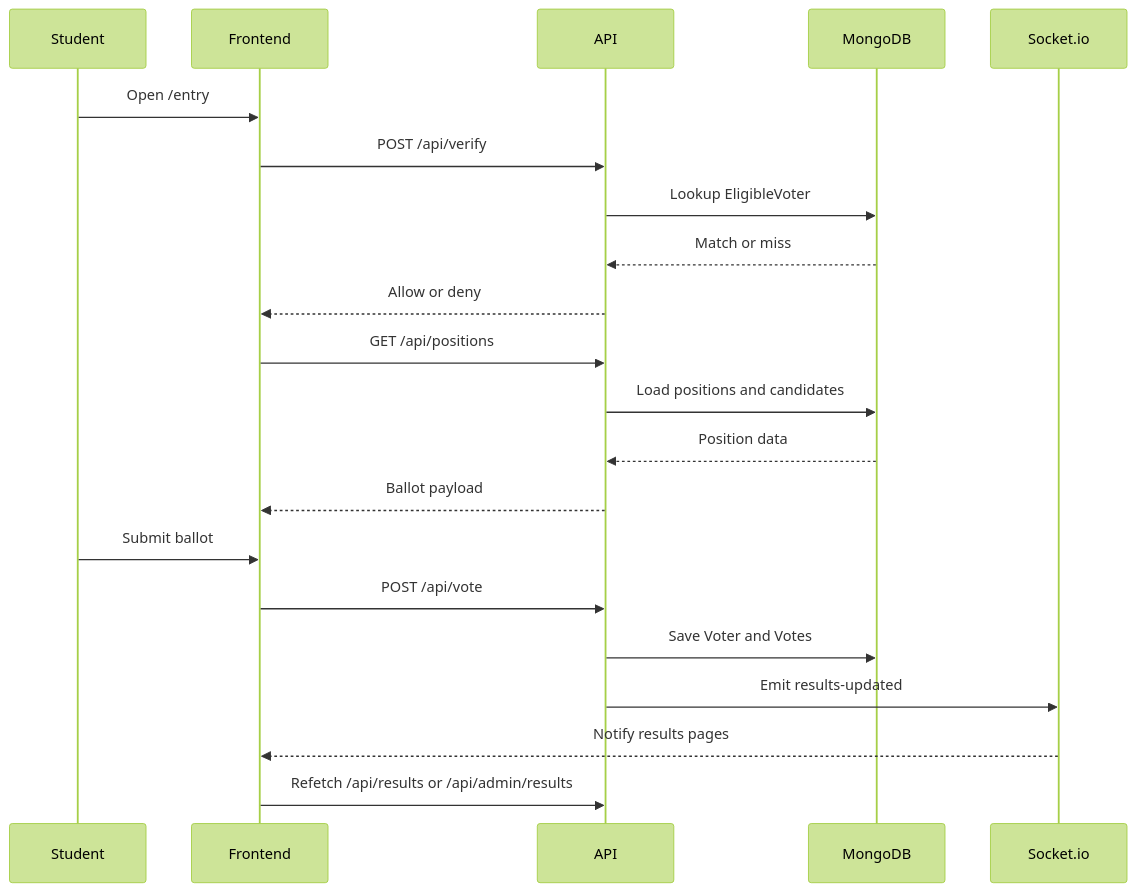
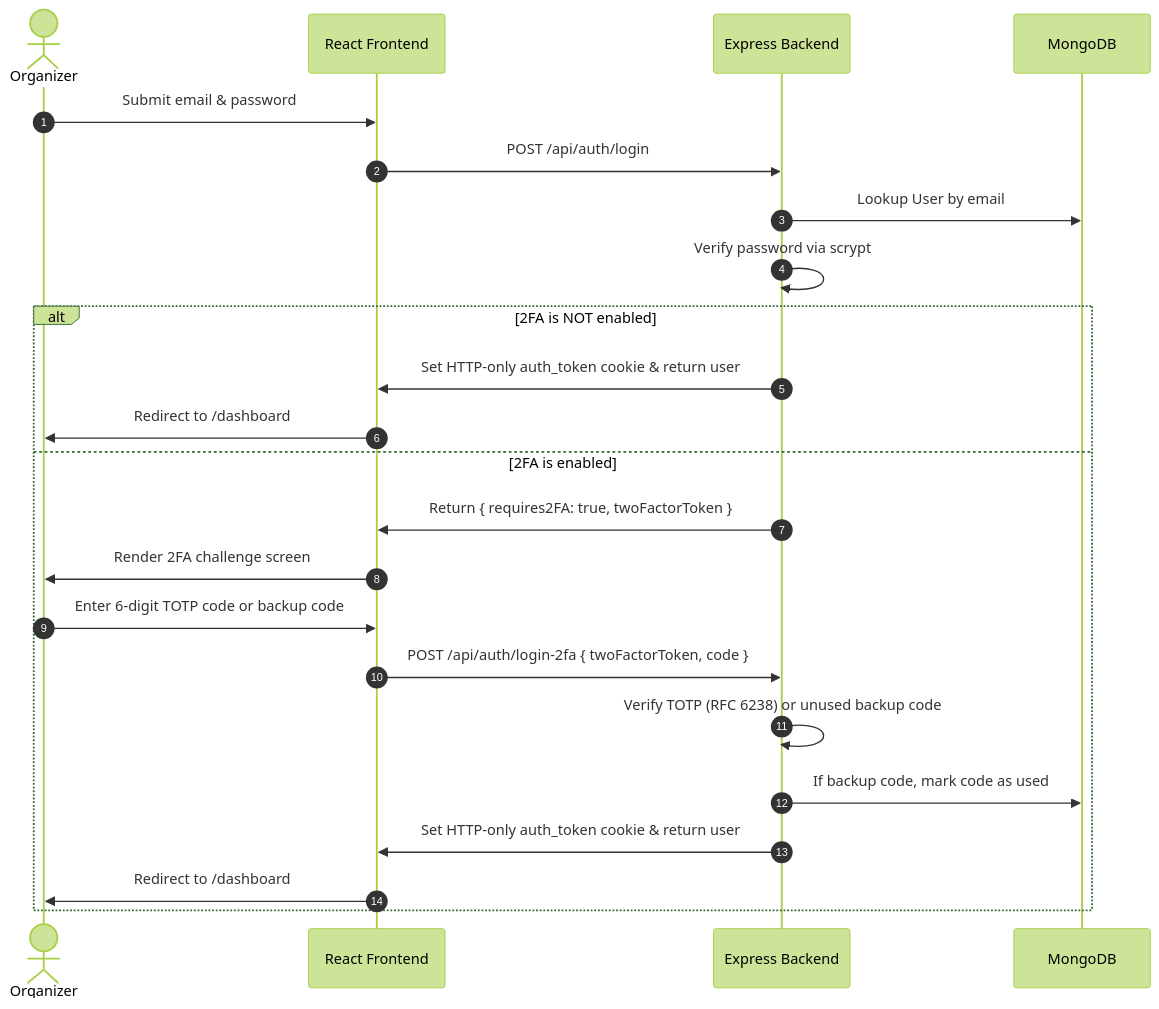
The second of 2 diagrams in ARCHITECTURE.md (Shriworkplace/ClassVote), drawn with Mermaid (forest theme) before and after one commit. The commit also changed other lines of this file and 17 other files, not shown here.

````diff
--- a/ARCHITECTURE.md
+++ b/ARCHITECTURE.md
@@ -197,24 +55,26 @@
 ```mermaid
 sequenceDiagram
-  participant S as Student
-  participant F as Frontend
-  participant A as API
-  participant D as MongoDB
-  participant I as Socket.io
+  autonumber
+  actor O as Organizer
+  participant F as React Frontend
+  participant B as Express Backend
+  participant M as MongoDB
 
-  S->>F: Open /entry
-  F->>A: POST /api/verify
-  A->>D: Lookup EligibleVoter
-  D-->>A: Match or miss
-  A-->>F: Allow or deny
-  F->>A: GET /api/positions
-  A->>D: Load positions and candidates
-  D-->>A: Position data
-  A-->>F: Ballot payload
-  S->>F: Submit ballot
-  F->>A: POST /api/vote
-  A->>D: Save Voter and Votes
-  A->>I: Emit results-updated
-  I-->>F: Notify results pages
-  F->>A: Refetch /api/results or /api/admin/results
+  O->>F: Submit email & password
+  F->>B: POST /api/auth/login
+  B->>M: Lookup User by email
+  B->>B: Verify password via scrypt
+  alt 2FA is NOT enabled
+    B->>F: Set HTTP-only auth_token cookie & return user
+    F->>O: Redirect to /dashboard
+  else 2FA is enabled
+    B->>F: Return { requires2FA: true, twoFactorToken }
+    F->>O: Render 2FA challenge screen
+    O->>F: Enter 6-digit TOTP code or backup code
+    F->>B: POST /api/auth/login-2fa { twoFactorToken, code }
+    B->>B: Verify TOTP (RFC 6238) or unused backup code
+    B->>M: If backup code, mark code as used
+    B->>F: Set HTTP-only auth_token cookie & return user
+    F->>O: Redirect to /dashboard
+  end
 ```
````
